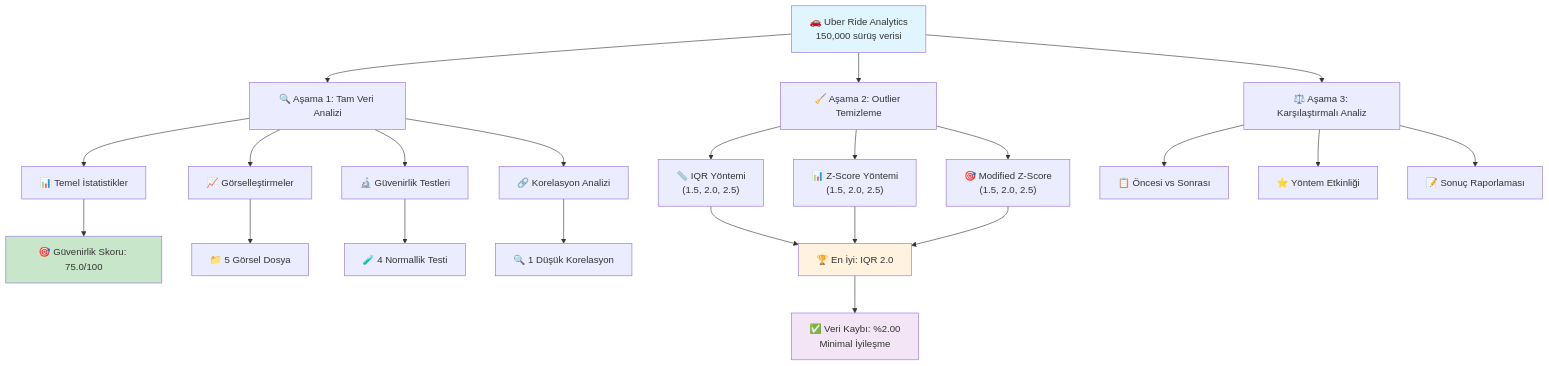
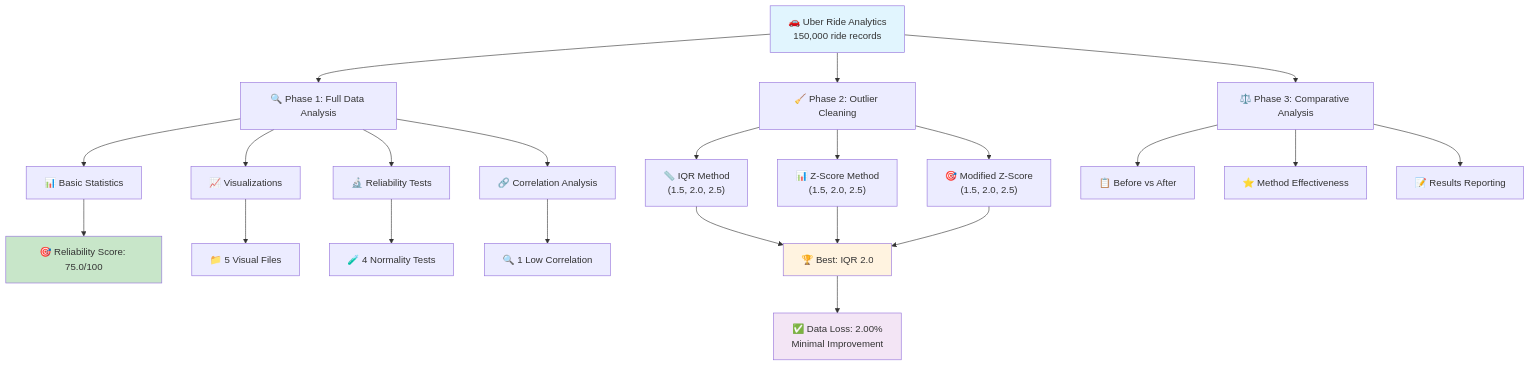
Before and after one commit to Mert13Cagatay/Python_Statistical_Analysis_Uber: the first of 2 diagrams in README.md, drawn with Mermaid. The commit also changed other lines of this file, not shown here.

````diff
--- a/README.md
+++ b/README.md
@@ -11,35 +11,35 @@
 ```mermaid
 graph TD
-    A["🚗 Uber Ride Analytics<br/>150,000 sürüş verisi"] --> B["🔍 Aşama 1: Tam Veri Analizi"]
-    A --> C["🧹 Aşama 2: Outlier Temizleme"]
-    A --> D["⚖️ Aşama 3: Karşılaştırmalı Analiz"]
+    A["🚗 Uber Ride Analytics<br/>150,000 ride records"] --> B["🔍 Phase 1: Full Data Analysis"]
+    A --> C["🧹 Phase 2: Outlier Cleaning"]
+    A --> D["⚖️ Phase 3: Comparative Analysis"]
     
-    B --> B1["📊 Temel İstatistikler"]
-    B --> B2["📈 Görselleştirmeler"]
-    B --> B3["🔬 Güvenirlik Testleri"]
-    B --> B4["🔗 Korelasyon Analizi"]
+    B --> B1["📊 Basic Statistics"]
+    B --> B2["📈 Visualizations"]
+    B --> B3["🔬 Reliability Tests"]
+    B --> B4["🔗 Correlation Analysis"]
     
-    C --> C1["📏 IQR Yöntemi<br/>(1.5, 2.0, 2.5)"]
-    C --> C2["📊 Z-Score Yöntemi<br/>(1.5, 2.0, 2.5)"]
+    C --> C1["📏 IQR Method<br/>(1.5, 2.0, 2.5)"]
+    C --> C2["📊 Z-Score Method<br/>(1.5, 2.0, 2.5)"]
     C --> C3["🎯 Modified Z-Score<br/>(1.5, 2.0, 2.5)"]
     
-    D --> D1["📋 Öncesi vs Sonrası"]
-    D --> D2["⭐ Yöntem Etkinliği"]
-    D --> D3["📝 Sonuç Raporlaması"]
+    D --> D1["📋 Before vs After"]
+    D --> D2["⭐ Method Effectiveness"]
+    D --> D3["📝 Results Reporting"]
     
-    B1 --> E["🎯 Güvenirlik Skoru: 75.0/100"]
-    B2 --> F["📁 5 Görsel Dosya"]
-    B3 --> G["🧪 4 Normallik Testi"]
-    B4 --> H["🔍 1 Düşük Korelasyon"]
+    B1 --> E["🎯 Reliability Score: 75.0/100"]
+    B2 --> F["📁 5 Visual Files"]
+    B3 --> G["🧪 4 Normality Tests"]
+    B4 --> H["🔍 1 Low Correlation"]
     
-    C1 --> I["🏆 En İyi: IQR 2.0"]
+    C1 --> I["🏆 Best: IQR 2.0"]
     C2 --> I
     C3 --> I
     
-    I --> J["✅ Veri Kaybı: %2.00<br/>Minimal İyileşme"]
+    I --> J["✅ Data Loss: 2.00%<br/>Minimal Improvement"]
     
     style A fill:#e1f5fe
     style E fill:#c8e6c9
     style I fill:#fff3e0
     style J fill:#f3e5f5
 ```
````
